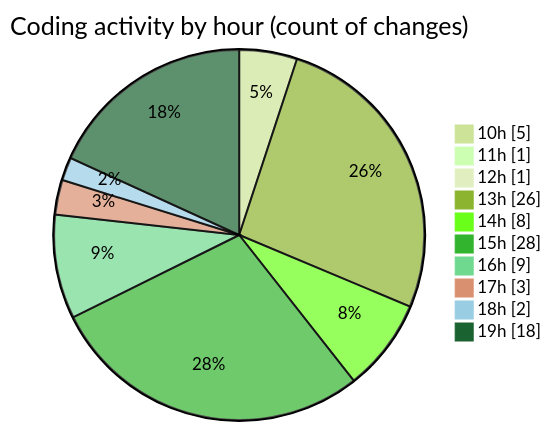
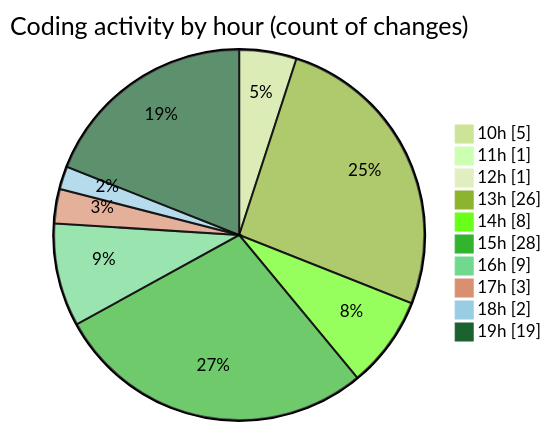
The second of 2 diagrams in 2026-04-21/cda/README.md (momahboobian/code-tracking), drawn with Mermaid (forest theme) before and after one commit. The commit also changed other lines of this file and 1 other file, not shown here.

````diff
--- a/2026-04-21/cda/README.md
+++ b/2026-04-21/cda/README.md
@@ -69,14 +69,14 @@
 ```mermaid
 pie showData
 title Coding activity by hour (count of changes)
 "10h" : 5
 "11h" : 1
 "12h" : 1
 "13h" : 26
 "14h" : 8
 "15h" : 28
 "16h" : 9
 "17h" : 3
 "18h" : 2
-"19h" : 18
+"19h" : 19
 ```
````
